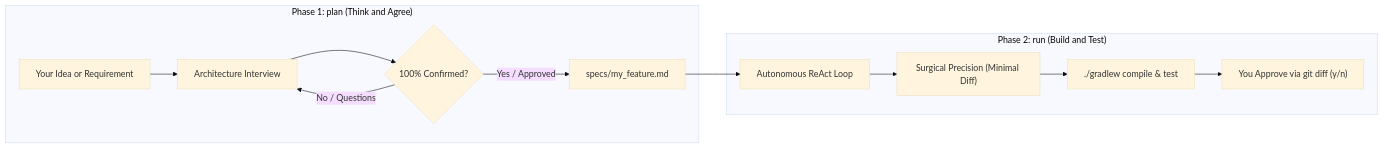
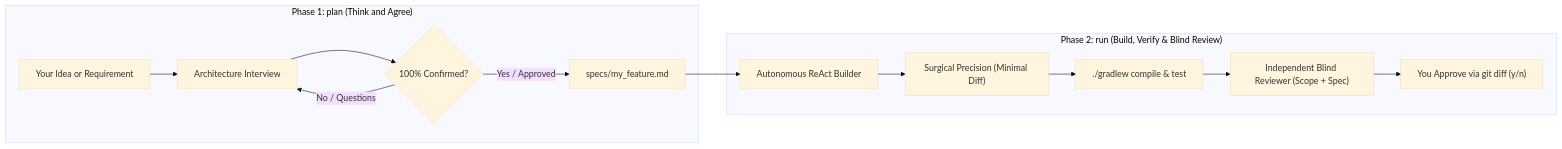
One commit to DEVSusana/HomeTutorPro changed the diagram in agents_dev/README.md. Above: the diagram before and after it, drawn with Mermaid (base theme). The commit also changed other lines of this file and 24 other files, not shown here.

Commit message:
feat(agents_dev): add blind reviewer, pre-commit hook, evals, mcp server, rag lab, and orchestrator

````diff
--- a/agents_dev/README.md
+++ b/agents_dev/README.md
@@ -14,16 +14,17 @@
 ```mermaid
 graph LR
     subgraph Phase1 ["Phase 1: plan (Think and Agree)"]
         Idea["Your Idea or Requirement"] --> Interview["Architecture Interview"]
         Interview --> Gate{"100% Confirmed?"}
         Gate -- No / Questions --> Interview
         Gate -- Yes / Approved --> SpecFile["specs/my_feature.md"]
     end
 
-    subgraph Phase2 ["Phase 2: run (Build and Test)"]
-        SpecFile --> Loop["Autonomous ReAct Loop"]
+    subgraph Phase2 ["Phase 2: run (Build, Verify & Blind Review)"]
+        SpecFile --> Loop["Autonomous ReAct Builder"]
         Loop --> Surgery["Surgical Precision (Minimal Diff)"]
         Surgery --> Gradle["./gradlew compile & test"]
-        Gradle --> FinalCheck["You Approve via git diff (y/n)"]
+        Gradle --> BlindReview["Independent Blind Reviewer (Scope + Spec)"]
+        BlindReview --> FinalCheck["You Approve via git diff (y/n)"]
     end
 ```
````
